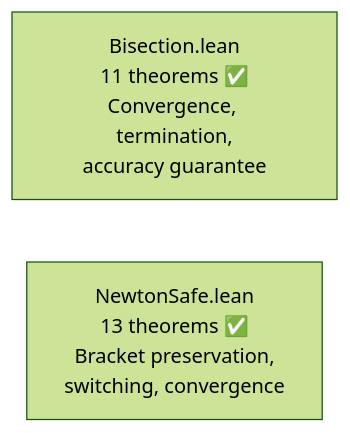
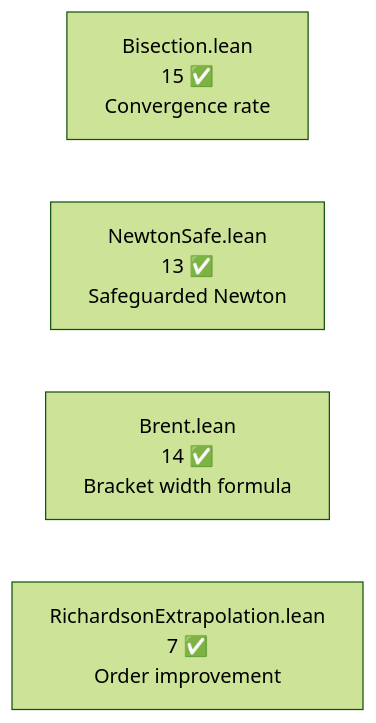
Before and after one commit to dsyme/QuantLib: the fifth of 8 diagrams in formal-verification/REPORT.md, drawn with Mermaid (forest theme). The commit also changed other lines of this file and 1 other file, not shown here.

````diff
--- a/formal-verification/REPORT.md
+++ b/formal-verification/REPORT.md
@@ -144,5 +124,7 @@
 ```mermaid
 graph LR
-    F7["Bisection.lean<br/>11 theorems ✅<br/>Convergence, termination,<br/>accuracy guarantee"]
-    F8["NewtonSafe.lean<br/>13 theorems ✅<br/>Bracket preservation,<br/>switching, convergence"]
+    F1["Bisection.lean<br/>15 ✅<br/>Convergence rate"]
+    F2["NewtonSafe.lean<br/>13 ✅<br/>Safeguarded Newton"]
+    F3["Brent.lean<br/>14 ✅<br/>Bracket width formula"]
+    F4["RichardsonExtrapolation.lean<br/>7 ✅<br/>Order improvement"]
 ```
````
